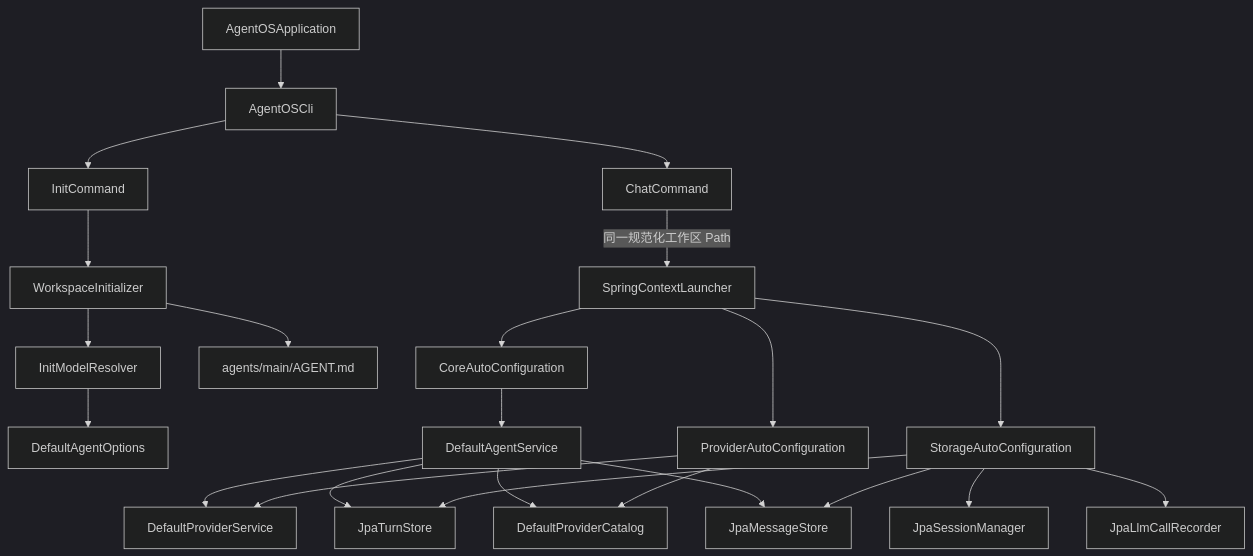
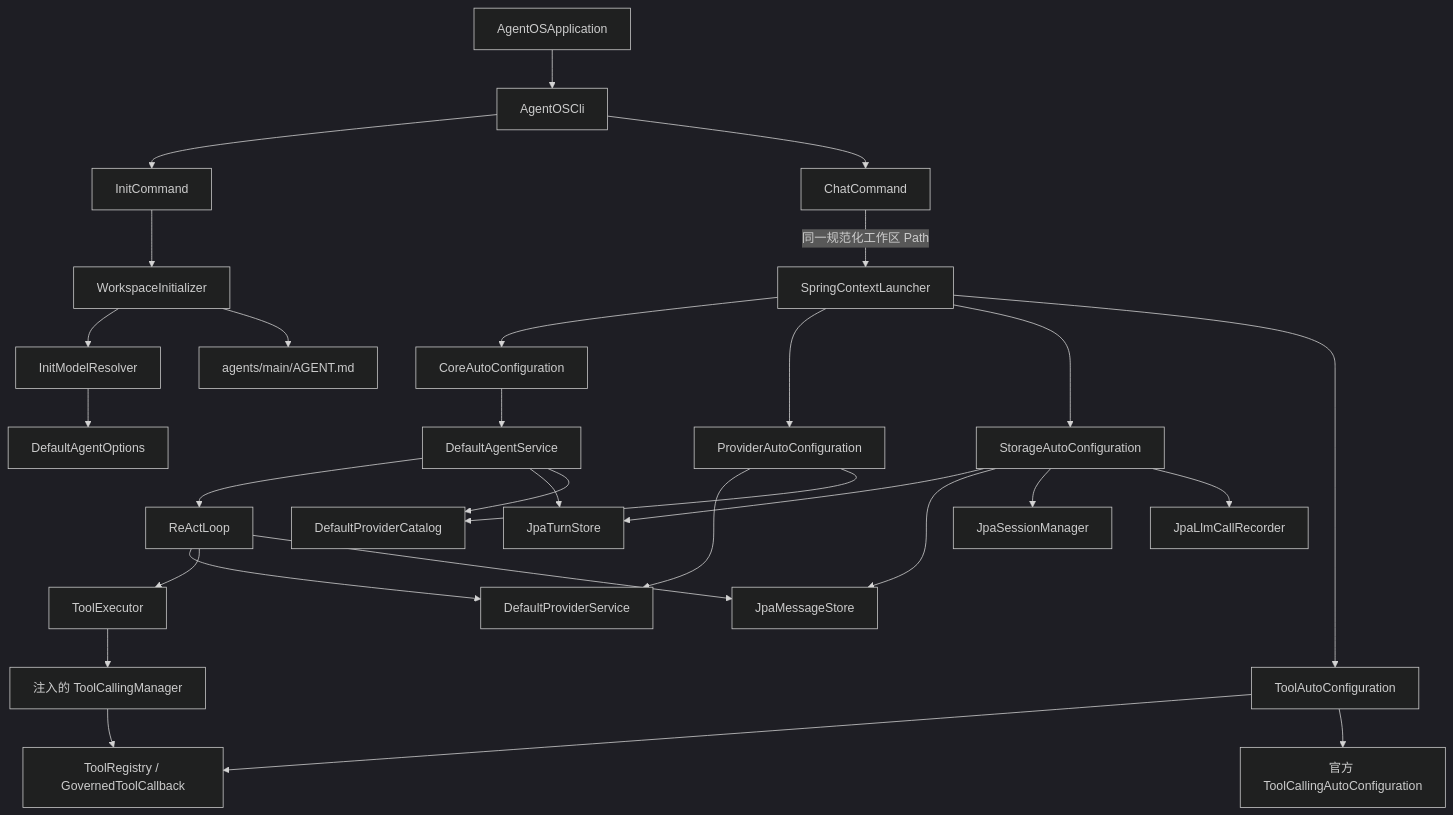
One commit to wangkaiqistart/agent-os changed the first of 8 diagrams in docs/code-reading/ClassStructure.md. Above: the diagram before and after it, drawn with Mermaid (dark theme). The commit also changed other lines of this file and 9 other files, not shown here.

````diff
--- a/docs/code-reading/ClassStructure.md
+++ b/docs/code-reading/ClassStructure.md
@@ -16,25 +16,32 @@
 ```mermaid
 flowchart TD
     Boot[AgentOSApplication] --> CLI[AgentOSCli]
     CLI --> Init[InitCommand]
     Init --> Workspace[WorkspaceInitializer]
     Workspace --> Resolver[InitModelResolver]
     Resolver --> Options[DefaultAgentOptions]
     Workspace --> Main[agents/main/AGENT.md]
     CLI --> Chat[ChatCommand]
     Chat -->|同一规范化工作区 Path| Launcher[SpringContextLauncher]
     Launcher --> CoreAuto[CoreAutoConfiguration]
     Launcher --> ProviderAuto[ProviderAutoConfiguration]
     Launcher --> StorageAuto[StorageAutoConfiguration]
+    Launcher --> ToolAuto[ToolAutoConfiguration]
+    ToolAuto --> Registry[ToolRegistry / GovernedToolCallback]
+    ToolAuto --> Official[官方 ToolCallingAutoConfiguration]
     CoreAuto --> Service[DefaultAgentService]
     ProviderAuto --> Provider[DefaultProviderService]
     ProviderAuto --> Catalog[DefaultProviderCatalog]
     StorageAuto --> Turn[JpaTurnStore]
     StorageAuto --> Messages[JpaMessageStore]
     StorageAuto --> Sessions[JpaSessionManager]
     StorageAuto --> Audit[JpaLlmCallRecorder]
-    Service --> Provider
+    Service --> Loop[ReActLoop]
+    Loop --> Provider
+    Loop --> Executor[ToolExecutor]
+    Executor --> Manager[注入的 ToolCallingManager]
+    Manager --> Registry
     Service --> Turn
-    Service --> Messages
+    Loop --> Messages
     Service --> Catalog
 ```
````
